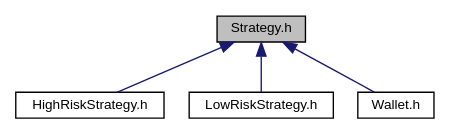
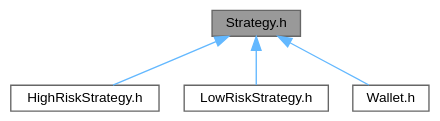
Before and after one commit to KoniHD/stock_sim_uni: the diagram in docs/Strategy_8h__dep__incl.dot, drawn with Graphviz. The commit also changed 174 other files, not shown here.

```diff
--- a/docs/Strategy_8h__dep__incl.dot
+++ b/docs/Strategy_8h__dep__incl.dot
@@ -1,13 +1,14 @@
 digraph "Strategy.h"
 {
  // LATEX_PDF_SIZE
-  edge [fontname="Helvetica",fontsize="10",labelfontname="Helvetica",labelfontsize="10"];
-  node [fontname="Helvetica",fontsize="10",shape=record];
-  Node1 [label="Strategy.h",height=0.2,width=0.4,color="black", fillcolor="grey75", style="filled", fontcolor="black",tooltip=" "];
-  Node1 -> Node2 [dir="back",color="midnightblue",fontsize="10",style="solid",fontname="Helvetica"];
-  Node2 [label="HighRiskStrategy.h",height=0.2,width=0.4,color="black", fillcolor="white", style="filled",URL="$HighRiskStrategy_8h.html",tooltip=" "];
-  Node1 -> Node3 [dir="back",color="midnightblue",fontsize="10",style="solid",fontname="Helvetica"];
-  Node3 [label="LowRiskStrategy.h",height=0.2,width=0.4,color="black", fillcolor="white", style="filled",URL="$LowRiskStrategy_8h.html",tooltip=" "];
-  Node1 -> Node4 [dir="back",color="midnightblue",fontsize="10",style="solid",fontname="Helvetica"];
-  Node4 [label="Wallet.h",height=0.2,width=0.4,color="black", fillcolor="white", style="filled",URL="$Wallet_8h.html",tooltip=" "];
+  bgcolor="transparent";
+  edge [fontname=Helvetica,fontsize=10,labelfontname=Helvetica,labelfontsize=10];
+  node [fontname=Helvetica,fontsize=10,shape=box,height=0.2,width=0.4];
+  Node1 [id="Node000001",label="Strategy.h",height=0.2,width=0.4,color="gray40", fillcolor="grey60", style="filled", fontcolor="black",tooltip=" "];
+  Node1 -> Node2 [id="edge1_Node000001_Node000002",dir="back",color="steelblue1",style="solid",tooltip=" "];
+  Node2 [id="Node000002",label="HighRiskStrategy.h",height=0.2,width=0.4,color="grey40", fillcolor="white", style="filled",URL="$HighRiskStrategy_8h.html",tooltip=" "];
+  Node1 -> Node3 [id="edge2_Node000001_Node000003",dir="back",color="steelblue1",style="solid",tooltip=" "];
+  Node3 [id="Node000003",label="LowRiskStrategy.h",height=0.2,width=0.4,color="grey40", fillcolor="white", style="filled",URL="$LowRiskStrategy_8h.html",tooltip=" "];
+  Node1 -> Node4 [id="edge3_Node000001_Node000004",dir="back",color="steelblue1",style="solid",tooltip=" "];
+  Node4 [id="Node000004",label="Wallet.h",height=0.2,width=0.4,color="grey40", fillcolor="white", style="filled",URL="$Wallet_8h.html",tooltip=" "];
 }
```
